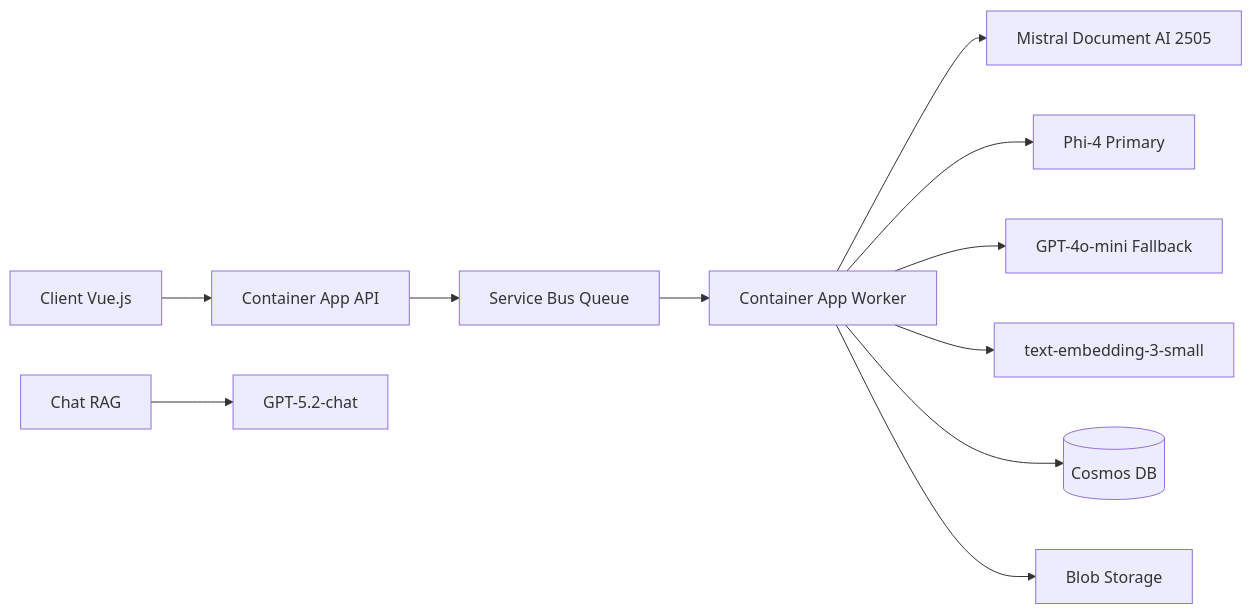
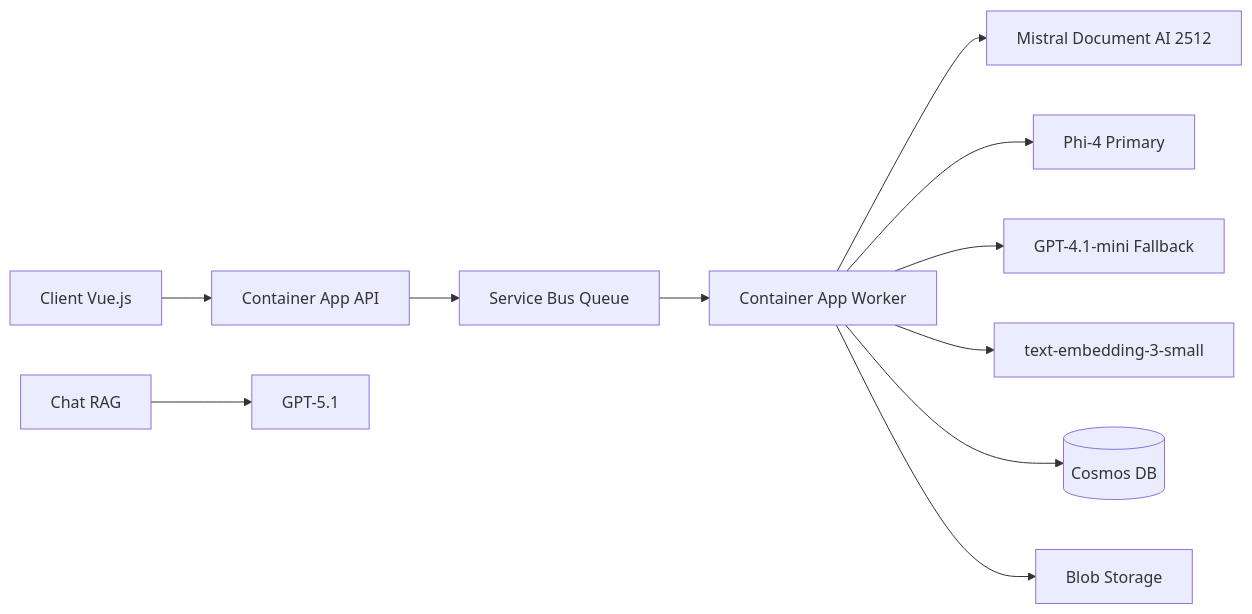
One commit to olivMertens/ClassyMail changed the diagram in .github/chatmodes/azure-dynamic-architect.chatmode.md. Above: the diagram before and after it, drawn with Mermaid. The commit also changed other lines of this file and 38 other files, not shown here.

````diff
--- a/.github/chatmodes/azure-dynamic-architect.chatmode.md
+++ b/.github/chatmodes/azure-dynamic-architect.chatmode.md
@@ -153,13 +155,13 @@
   ```mermaid
   flowchart LR
     Client[Client Vue.js] --> ACA[Container App API]
     ACA --> SB[Service Bus Queue]
     SB --> Worker[Container App Worker]
-    Worker --> OCR[Mistral Document AI 2505]
+    Worker --> OCR[Mistral Document AI 2512]
     Worker --> PHI[Phi-4 Primary]
-    Worker --> GPT[GPT-4o-mini Fallback]
+    Worker --> GPT[GPT-4.1-mini Fallback]
     Worker --> EMB[text-embedding-3-small]
     Worker --> Cosmos[(Cosmos DB)]
     Worker --> Blob[Blob Storage]
-    Chat[Chat RAG] --> GPT5[GPT-5.2-chat]
+    Chat[Chat RAG] --> GPT5[GPT-5.1]
   ```
````
